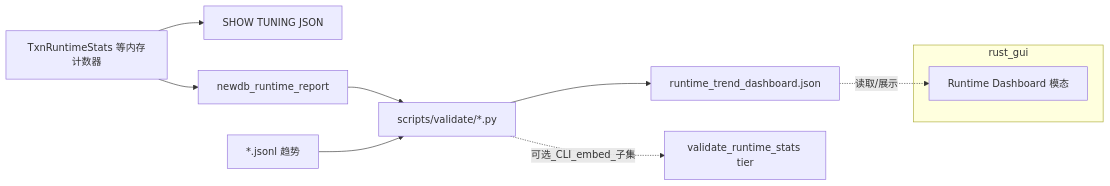
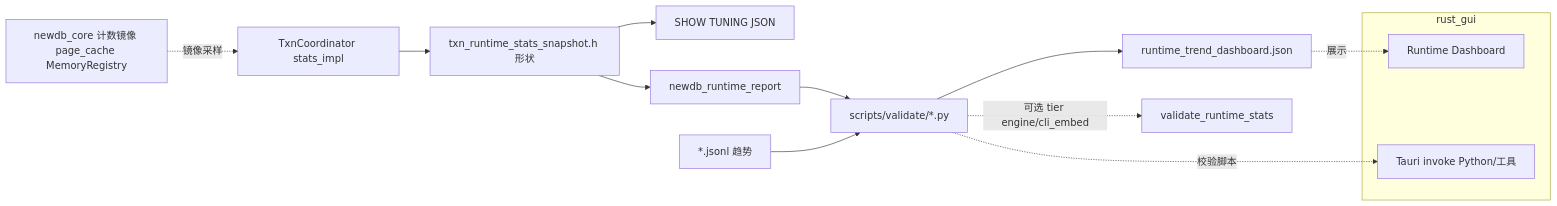
One commit to skyline019/database changed the ninth of 17 diagrams in newdb/docs/architecture/PROJECT_DATAFLOW_WHOLE.md. Above: the diagram before and after it, drawn with Mermaid. The commit also changed other lines of this file, not shown here.

````diff
--- a/newdb/docs/architecture/PROJECT_DATAFLOW_WHOLE.md
+++ b/newdb/docs/architecture/PROJECT_DATAFLOW_WHOLE.md
@@ -309,20 +481,26 @@
 ```mermaid
 flowchart LR
-  RT[TxnRuntimeStats 等内存计数器]
+  COORD[TxnCoordinator stats_impl]
+  ENG[newdb_core 计数镜像 page_cache MemoryRegistry]
+  POD[txn_runtime_stats_snapshot.h 形状]
   J1["SHOW TUNING JSON"]
   RPT[newdb_runtime_report]
   PY[scripts/validate/*.py]
   JL["*.jsonl 趋势"]
   DB["runtime_trend_dashboard.json"]
 
-  RT --> J1
-  RT --> RPT
+  ENG -.镜像采样.-> COORD
+  COORD --> POD
+  POD --> J1
+  POD --> RPT
   RPT --> PY
   JL --> PY
   PY --> DB
-  PY -.可选_CLI_embed_子集.-> TIER[validate_runtime_stats tier]
+  PY -.可选 tier engine/cli_embed.-> TIER[validate_runtime_stats]
   subgraph gui2["rust_gui"]
-    DASH[Runtime Dashboard 模态]
+    DASH[Runtime Dashboard]
+    INV[Tauri invoke Python/工具]
   end
-  DB -.读取/展示.-> DASH
+  DB -.展示.-> DASH
+  PY -.校验脚本.-> INV
 ```
````
